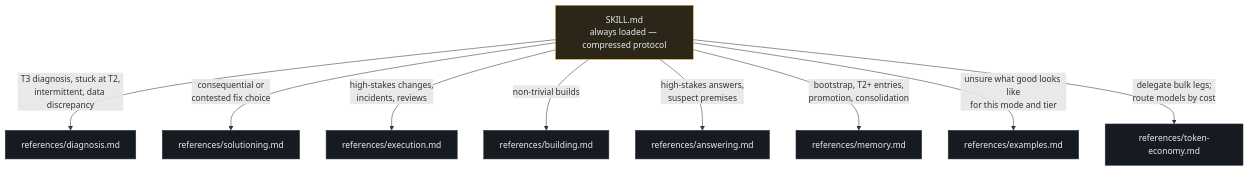
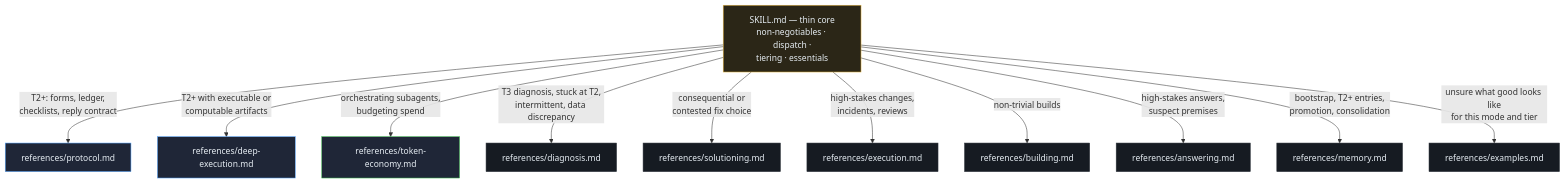
One commit to victor-alpha-95/fable-method changed the first of 3 diagrams in docs/architecture.md. Above: the diagram before and after it, drawn with Mermaid. The commit also changed other lines of this file, not shown here.

Commit message:
Sync architecture doc: thin-core diagram, memory gates, token-economy layer

````diff
--- a/docs/architecture.md
+++ b/docs/architecture.md
@@ -9,21 +9,25 @@
 ```mermaid
 flowchart TD
-    S["SKILL.md<br/>always loaded — compressed protocol"]
+    S["SKILL.md — thin core<br/>non-negotiables · dispatch ·<br/>tiering · essentials"]
+    S -->|"T2+: forms, ledger,<br/>checklists, reply contract"| P["references/protocol.md"]
+    S -->|"T2+ with executable or<br/>computable artifacts"| DE["references/deep-execution.md"]
+    S -->|"orchestrating subagents,<br/>budgeting spend"| TE["references/token-economy.md"]
     S -->|"T3 diagnosis, stuck at T2,<br/>intermittent, data discrepancy"| D["references/diagnosis.md"]
     S -->|"consequential or<br/>contested fix choice"| SO["references/solutioning.md"]
     S -->|"high-stakes changes,<br/>incidents, reviews"| E["references/execution.md"]
     S -->|"non-trivial builds"| B["references/building.md"]
     S -->|"high-stakes answers,<br/>suspect premises"| A["references/answering.md"]
     S -->|"bootstrap, T2+ entries,<br/>promotion, consolidation"| M["references/memory.md"]
     S -->|"unsure what good looks like<br/>for this mode and tier"| X["references/examples.md"]
-    S -->|"delegate bulk legs;<br/>route models by cost"| TE["references/token-economy.md"]
     style S fill:#2b2617,stroke:#e3b341,color:#e6edf3
+    style P fill:#1f2637,stroke:#58a6ff,color:#e6edf3
+    style DE fill:#1f2637,stroke:#58a6ff,color:#e6edf3
+    style TE fill:#1f2637,stroke:#3fb950,color:#e6edf3
     style D fill:#161b22,stroke:#30363d,color:#e6edf3
     style SO fill:#161b22,stroke:#30363d,color:#e6edf3
     style E fill:#161b22,stroke:#30363d,color:#e6edf3
     style B fill:#161b22,stroke:#30363d,color:#e6edf3
     style A fill:#161b22,stroke:#30363d,color:#e6edf3
     style M fill:#161b22,stroke:#30363d,color:#e6edf3
     style X fill:#161b22,stroke:#30363d,color:#e6edf3
-    style TE fill:#161b22,stroke:#30363d,color:#e6edf3
 ```
````
